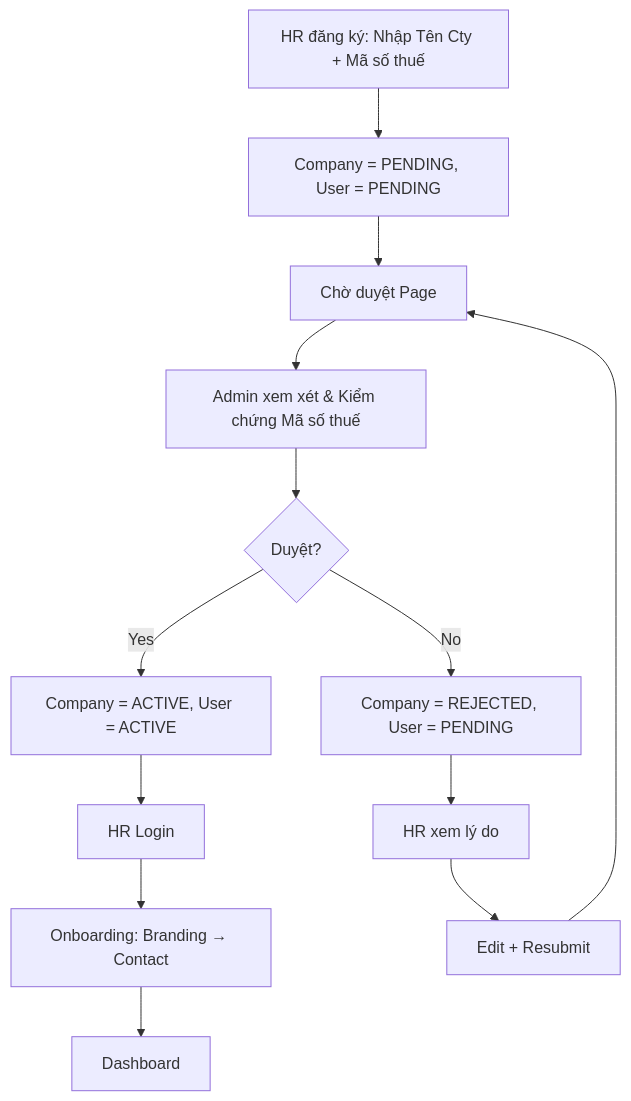
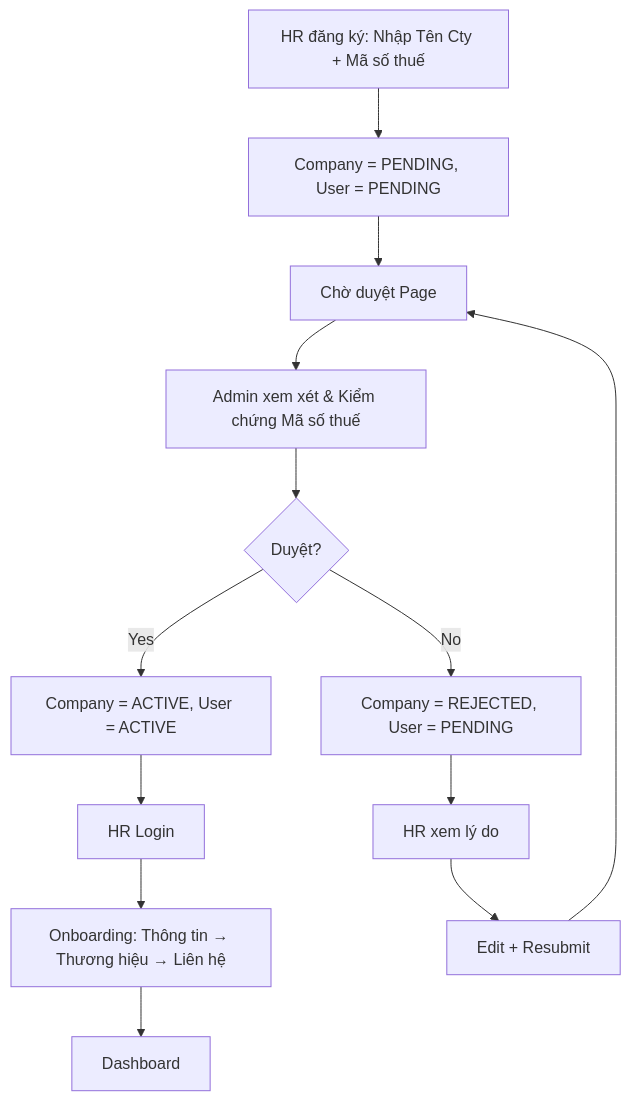
Before and after one commit to VanHaPtit/EasyTech_FE: the diagram in nghiep_vu/epic-01_Authentication_Onboarding/brief.md, drawn with Mermaid. The commit also changed 4 other files, not shown here.

````diff
--- a/nghiep_vu/epic-01_Authentication_Onboarding/brief.md
+++ b/nghiep_vu/epic-01_Authentication_Onboarding/brief.md
@@ -26,15 +26,15 @@
 ```mermaid
 graph TD
   A[HR đăng ký: Nhập Tên Cty + Mã số thuế] --> B[Company = PENDING, User = PENDING]
   B --> C[Chờ duyệt Page]
   C --> D[Admin xem xét & Kiểm chứng Mã số thuế]
   D --> E{Duyệt?}
   E -- Yes --> F[Company = ACTIVE, User = ACTIVE]
   F --> G[HR Login]
-  G --> H[Onboarding: Branding → Contact]
+  G --> H[Onboarding: Thông tin → Thương hiệu → Liên hệ]
   H --> I[Dashboard]
   E -- No --> J[Company = REJECTED, User = PENDING]
   J --> K[HR xem lý do]
   K --> L[Edit + Resubmit]
   L --> C
 ```
````
